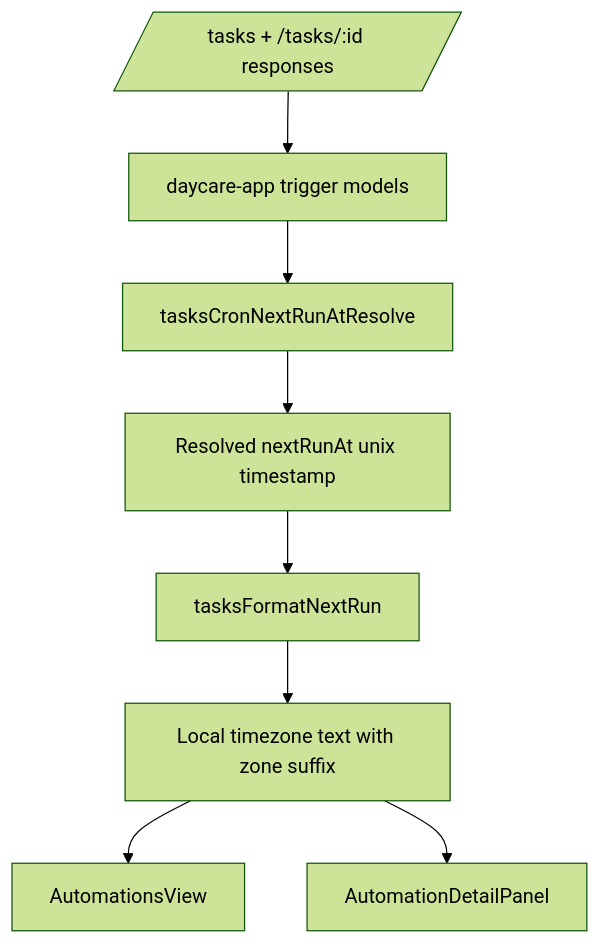
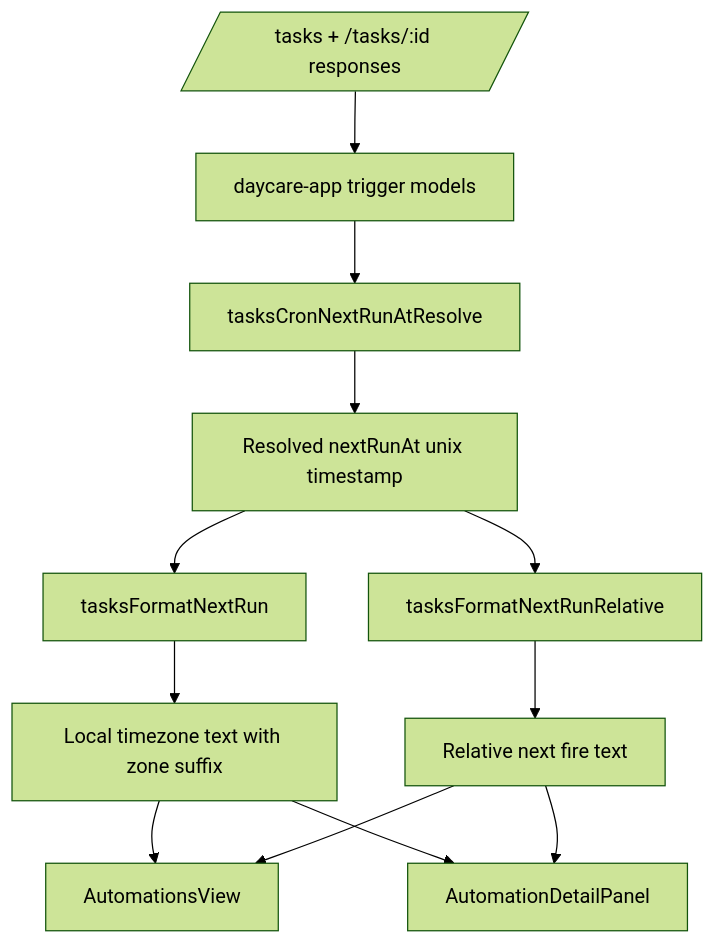
The diagram in doc/app-automation-next-fire-local-time.md (ex3ndr/daycare), drawn with Mermaid (forest theme) before and after one commit. The commit also changed other lines of this file and 6 other files, not shown here.

Commit message:
feat(app): sort automations by next fire

````diff
--- a/doc/app-automation-next-fire-local-time.md
+++ b/doc/app-automation-next-fire-local-time.md
@@ -12,10 +13,14 @@
 ```mermaid
 flowchart TD
     A[/tasks + /tasks/:id responses/] --> B[daycare-app trigger models]
     B --> C[tasksCronNextRunAtResolve]
     C --> D[Resolved nextRunAt unix timestamp]
     D --> E[tasksFormatNextRun]
-    E --> F[Local timezone text with zone suffix]
-    F --> G[AutomationsView]
-    F --> H[AutomationDetailPanel]
+    D --> F[tasksFormatNextRunRelative]
+    E --> G[Local timezone text with zone suffix]
+    F --> H[Relative next fire text]
+    G --> I[AutomationsView]
+    G --> J[AutomationDetailPanel]
+    H --> I
+    H --> J
 ```
````
